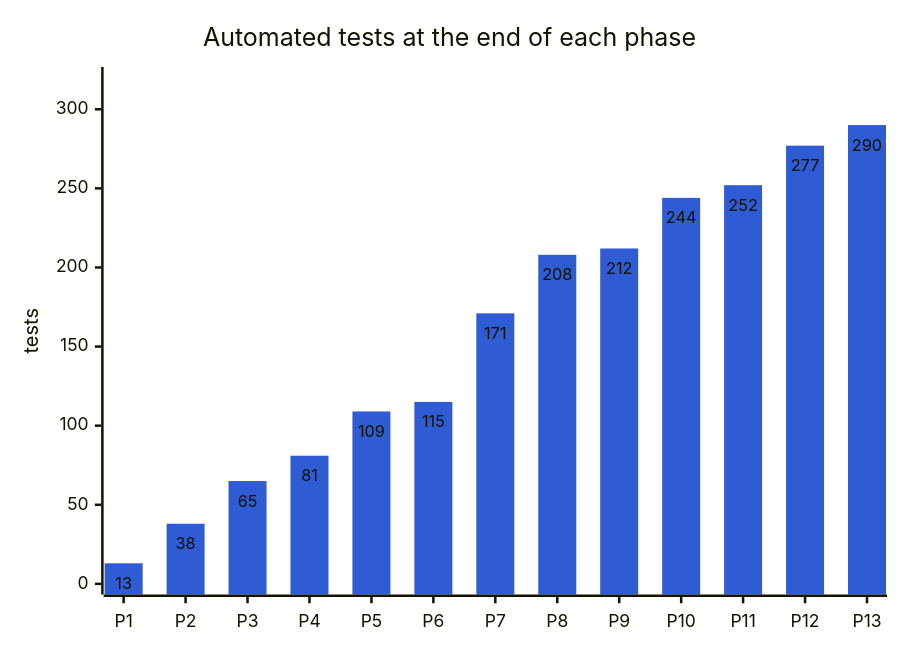
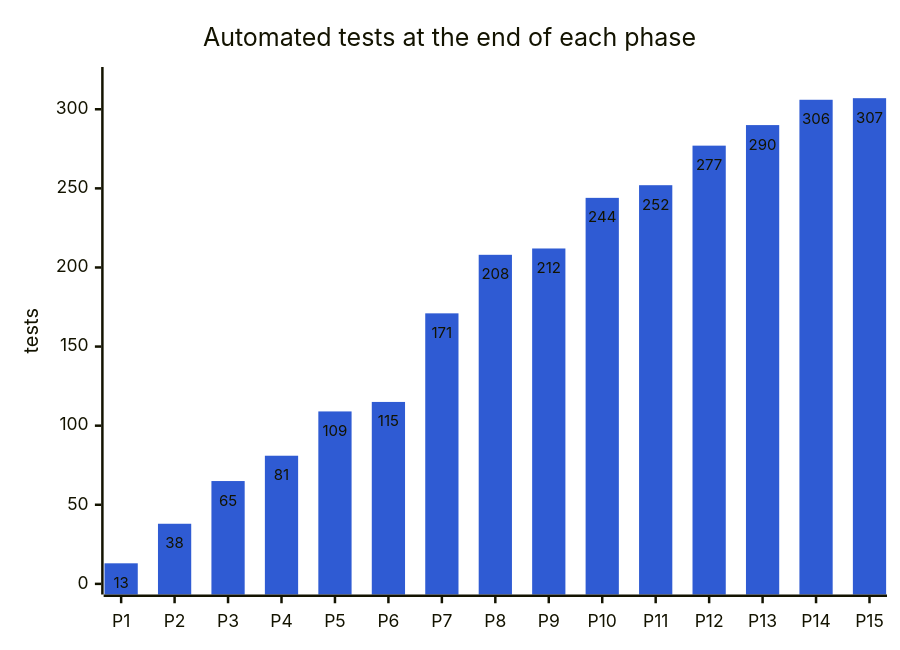
One commit to abdulmdev/sentinel-incident-copilot changed the diagram in docs/handbook/diagrams/14-chart-tests-by-phase.mmd. Above: the diagram before and after it, drawn with Mermaid. The commit also changed 64 other files, not shown here.

```diff
--- a/docs/handbook/diagrams/14-chart-tests-by-phase.mmd
+++ b/docs/handbook/diagrams/14-chart-tests-by-phase.mmd
@@ -1,13 +1,13 @@
 ---
 config:
   xyChart:
     showDataLabel: true
   themeVariables:
     xyChart:
       plotColorPalette: "#2f5bd3"
 ---
 xychart-beta
   title "Automated tests at the end of each phase"
-  x-axis ["P1", "P2", "P3", "P4", "P5", "P6", "P7", "P8", "P9", "P10", "P11", "P12", "P13"]
+  x-axis ["P1", "P2", "P3", "P4", "P5", "P6", "P7", "P8", "P9", "P10", "P11", "P12", "P13", "P14", "P15"]
   y-axis "tests" 0 --> 320
-  bar [13, 38, 65, 81, 109, 115, 171, 208, 212, 244, 252, 277, 290]
+  bar [13, 38, 65, 81, 109, 115, 171, 208, 212, 244, 252, 277, 290, 306, 307]
```
